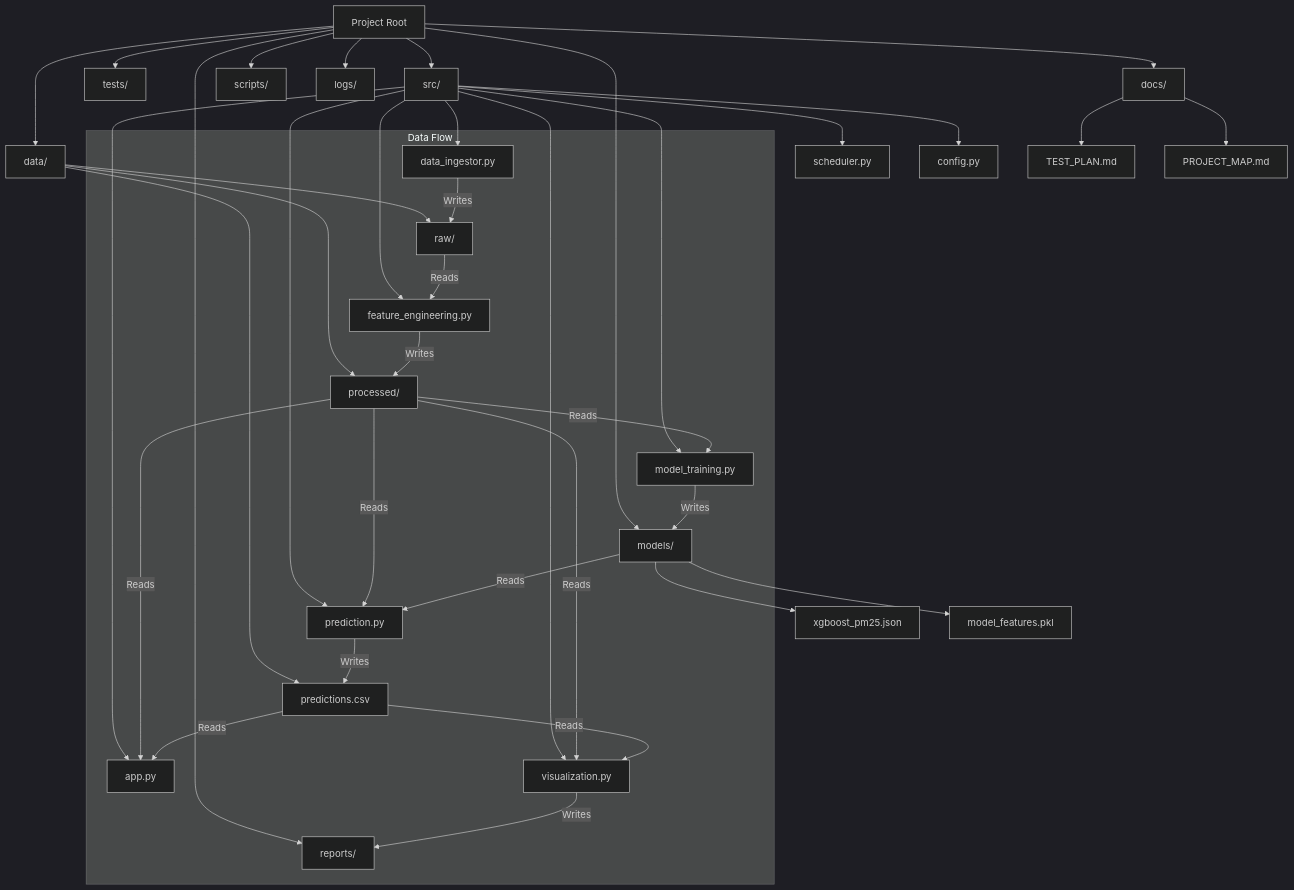
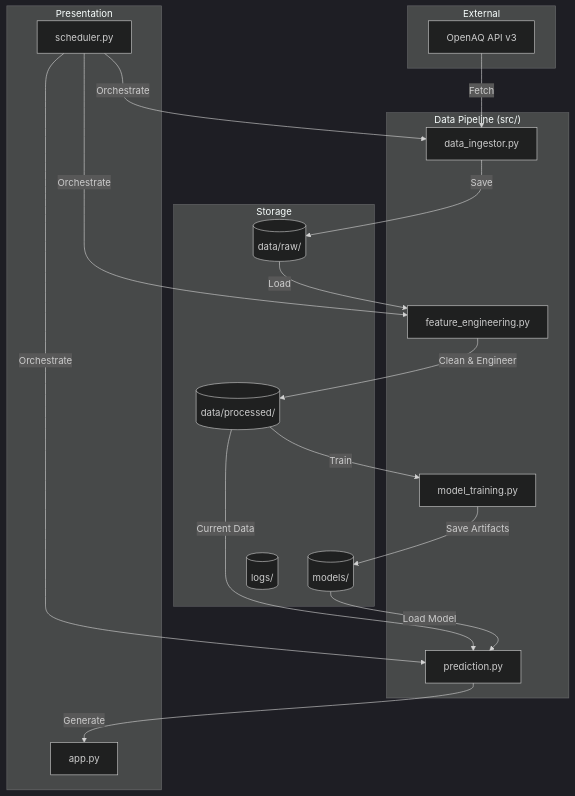
One commit to ybsa/BreatheSmart-An-Automated-Data-Pipeline-for-Urban-Air-Quality-Forecasting changed the diagram in docs/PROJECT_MAP.md. Above: the diagram before and after it, drawn with Mermaid (dark theme). The commit also changed other lines of this file and 19 other files, not shown here.

````diff
--- a/docs/PROJECT_MAP.md
+++ b/docs/PROJECT_MAP.md
@@ -5,48 +9,38 @@
 ```mermaid
 graph TD
-    Root[Project Root] --> Src[src/]
-    Root --> Data[data/]
-    Root --> Tests[tests/]
-    Root --> Docs[docs/]
-    Root --> Scripts[scripts/]
-    Root --> Logs[logs/]
-    Root --> Models[models/]
+    subgraph External
+        OpenAQ[OpenAQ API v3]
+    end
 
-    Src --> Ingestor[data_ingestor.py]
-    Src --> FeatEng[feature_engineering.py]
-    Src --> Trainer[model_training.py]
-    Src --> Predictor[prediction.py]
-    Src --> Scheduler[scheduler.py]
-    Src --> Config[config.py]
+    subgraph "Data Pipeline (src/)"
+        Ingestor[data_ingestor.py]
+        FeatEng[feature_engineering.py]
+        Trainer[model_training.py]
+        Predictor[prediction.py]
+    end
 
-    Data --> Raw[raw/]
-    Data --> Processed[processed/]
-    Data --> Preds[predictions.csv]
+    subgraph Storage
+        RawData[(data/raw/)]
+        ProcData[(data/processed/)]
+        ModelStore[(models/)]
+        LogStore[(logs/)]
+    end
 
-    Docs --> Plan[TEST_PLAN.md]
-    Docs --> Map[PROJECT_MAP.md]
+    subgraph Presentation
+        Dashboard[app.py]
+        CLI[scheduler.py]
+    end
 
-    Models --> ModelFile[xgboost_pm25.json]
-    Models --> ModelFeats[model_features.pkl]
-
-    Src --> App[app.py]
-    Src --> Viz[visualization.py]
-    
-    Root --> Reports[reports/]
-
-    subgraph "Data Flow"
-        Ingestor -->|Writes| Raw
-        Raw -->|Reads| FeatEng
-        FeatEng -->|Writes| Processed
-        Processed -->|Reads| Trainer
-        Processed -->|Reads| Predictor
-        Trainer -->|Writes| Models
-        Models -->|Reads| Predictor
-        Predictor -->|Writes| Preds
-        Processed -->|Reads| Viz
-        Preds -->|Reads| Viz
-        Viz -->|Writes| Reports
-        Processed -->|Reads| App
-        Preds -->|Reads| App
-    end
+    OpenAQ -->|Fetch| Ingestor
+    Ingestor -->|Save| RawData
+    RawData -->|Load| FeatEng
+    FeatEng -->|Clean & Engineer| ProcData
+    ProcData -->|Train| Trainer
+    Trainer -->|Save Artifacts| ModelStore
+    ProcData -->|Current Data| Predictor
+    ModelStore -->|Load Model| Predictor
+    Predictor -->|Generate| Dashboard
+    CLI -->|Orchestrate| Ingestor
+    CLI -->|Orchestrate| FeatEng
+    CLI -->|Orchestrate| Predictor
 ```
````
